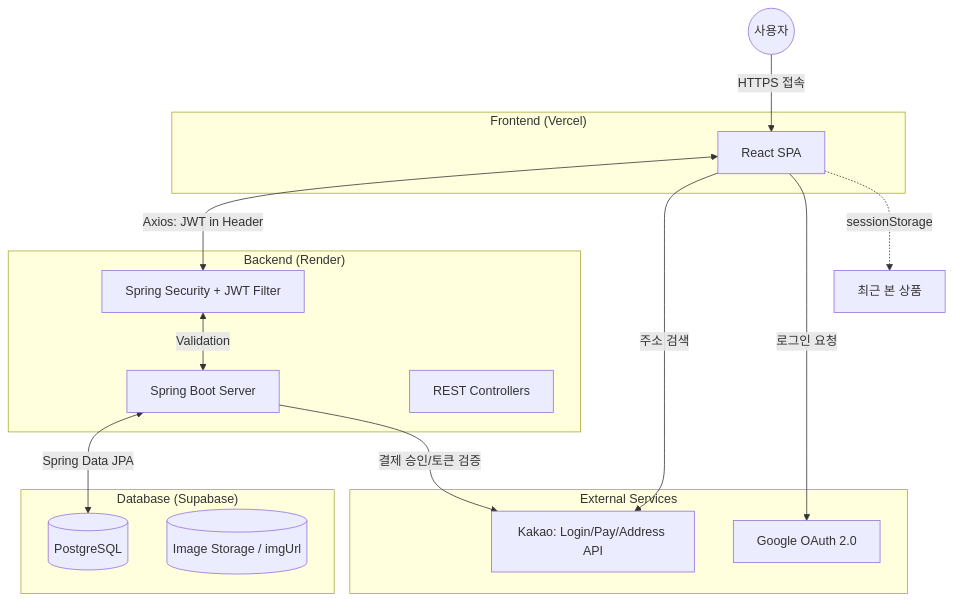
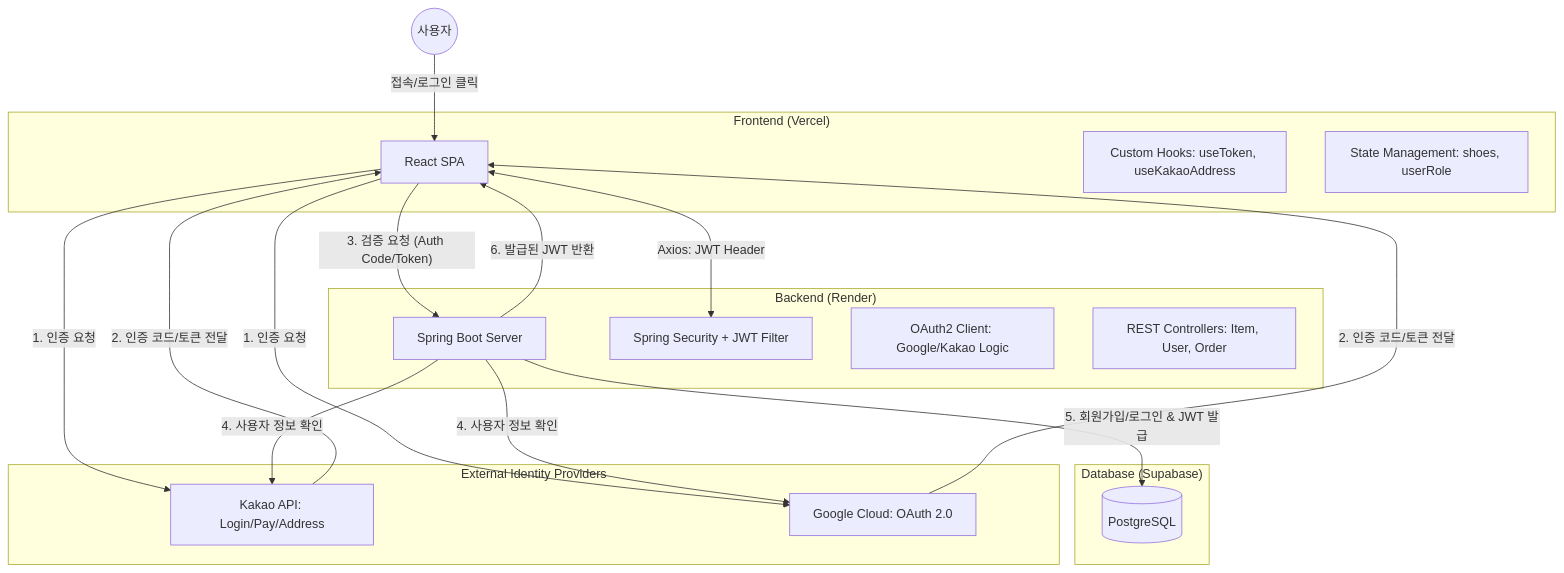
The diagram in README.md (alsdudrj/react-shoe-shop-project), drawn with Mermaid before and after one commit.

````diff
--- a/README.md
+++ b/README.md
@@ -98,35 +98,48 @@
 ```mermaid
 graph TD
     User((사용자))
     
     subgraph "Frontend (Vercel)"
         React[React SPA]
+        Hook[Custom Hooks: useToken, useKakaoAddress]
+        State[State Management: shoes, userRole]
     end
 
     subgraph "Backend (Render)"
         SpringBoot[Spring Boot Server]
         Security[Spring Security + JWT Filter]
-        Controller[REST Controllers]
+        OAuth2[OAuth2 Client: Google/Kakao Logic]
+        Controller[REST Controllers: Item, User, Order]
     end
 
     subgraph "Database (Supabase)"
         DB[(PostgreSQL)]
-        Storage[(Image Storage / imgUrl)]
     end
 
-    subgraph "External Services"
-        Kakao[Kakao: Login/Pay/Address API]
-        OAuth[Google OAuth 2.0]
+    subgraph "External Identity Providers"
+        Kakao[Kakao API: Login/Pay/Address]
+        Google[Google Cloud: OAuth 2.0]
     end
 
-    User -->|HTTPS 접속| React
-    React <-->|Axios: JWT in Header| Security
-    Security <-->|Validation| SpringBoot
-    SpringBoot <-->|Spring Data JPA| DB
+    %% 연결 관계
+    User -->|접속/로그인 클릭| React
     
-    React -- "주소 검색" --> Kakao
-    React -- "로그인 요청" --> OAuth
-    SpringBoot -- "결제 승인/토큰 검증" --> Kakao
+    %% OAuth2 인증 흐름 (핵심 수정 부분)
+    React -- "1. 인증 요청" --> Google
+    React -- "1. 인증 요청" --> Kakao
     
-    React -.->|sessionStorage| Sidebar[최근 본 상품]
+    Google -- "2. 인증 코드/토큰 전달" --> React
+    Kakao -- "2. 인증 코드/토큰 전달" --> React
+    
+    React -- "3. 검증 요청 (Auth Code/Token)" --> SpringBoot
+    
+    %% 백엔드 내부 및 외부 통신
+    SpringBoot -- "4. 사용자 정보 확인" --> Google
+    SpringBoot -- "4. 사용자 정보 확인" --> Kakao
+    
+    SpringBoot -- "5. 회원가입/로그인 & JWT 발급" --> DB
+    SpringBoot -- "6. 발급된 JWT 반환" --> React
+
+    %% 일반 데이터 통신
+    React <-->|Axios: JWT Header| Security
 ```
````
